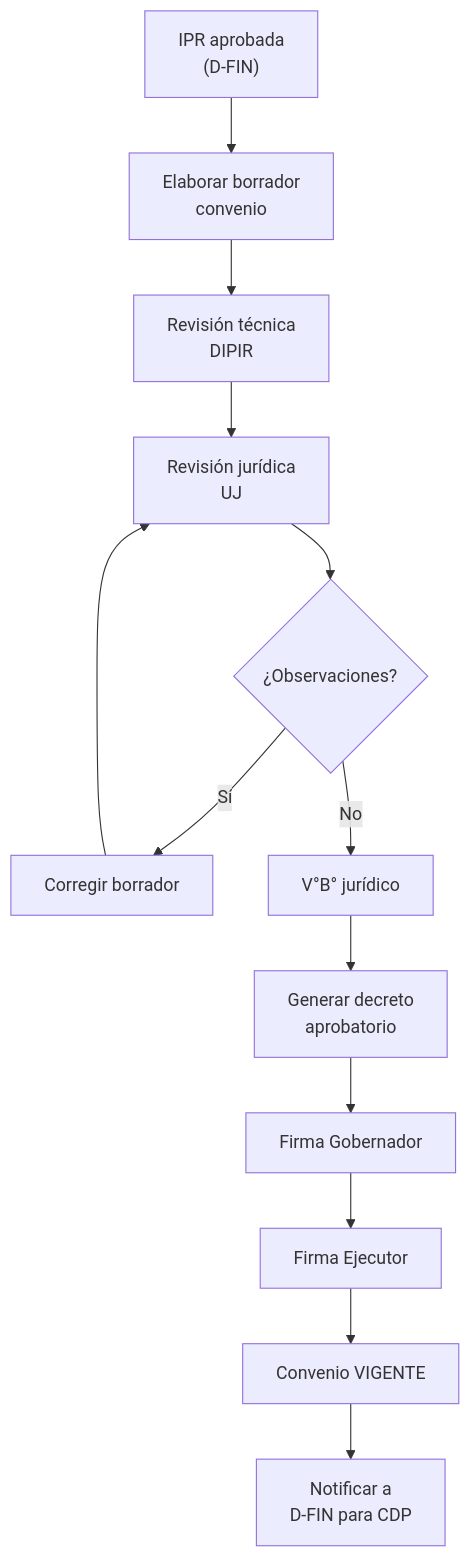
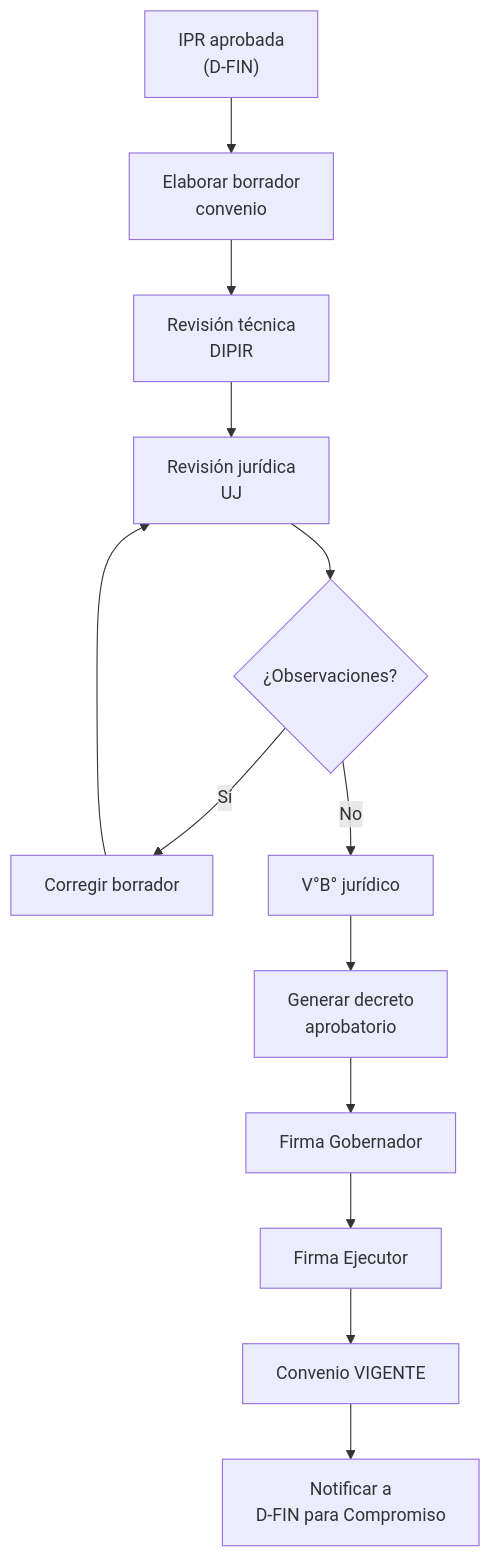
Before and after one commit to felix-antonio-sl/gore_os: the second of 5 diagrams in docs/blueprint/domains/domain_d-ejec.md, drawn with Mermaid. The commit also changed 20 other files, not shown here.

````diff
--- a/docs/blueprint/domains/domain_d-ejec.md
+++ b/docs/blueprint/domains/domain_d-ejec.md
@@ -170,15 +170,15 @@
 ```mermaid
 flowchart TD
     A["IPR aprobada<br/>(D-FIN)"] --> B["Elaborar borrador<br/>convenio"]
     B --> C["Revisión técnica<br/>DIPIR"]
     C --> D["Revisión jurídica<br/>UJ"]
     D --> E{"¿Observaciones?"}
     E -->|"Sí"| F["Corregir borrador"]
     F --> D
     E -->|"No"| G["V°B° jurídico"]
     G --> H["Generar decreto<br/>aprobatorio"]
     H --> I["Firma Gobernador"]
     I --> J["Firma Ejecutor"]
     J --> K["Convenio VIGENTE"]
-    K --> L["Notificar a<br/>D-FIN para CDP"]
+    K --> L["Notificar a<br/>D-FIN para Compromiso"]
 ```
````
